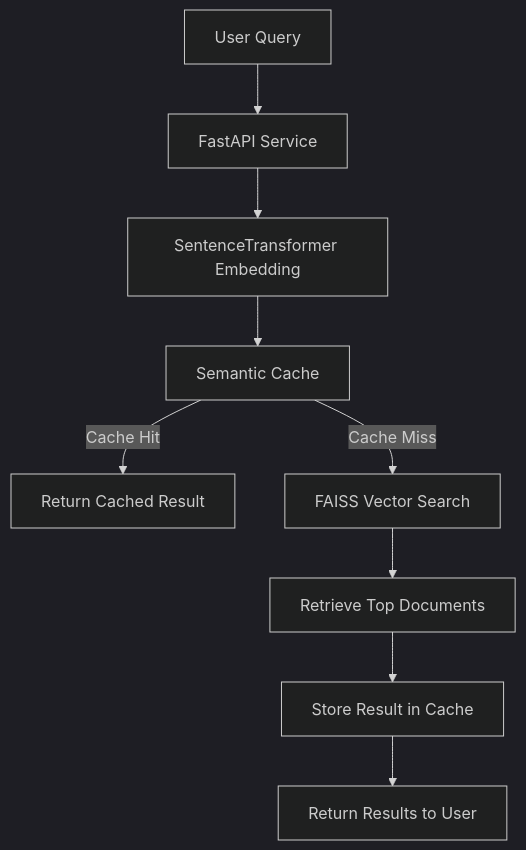
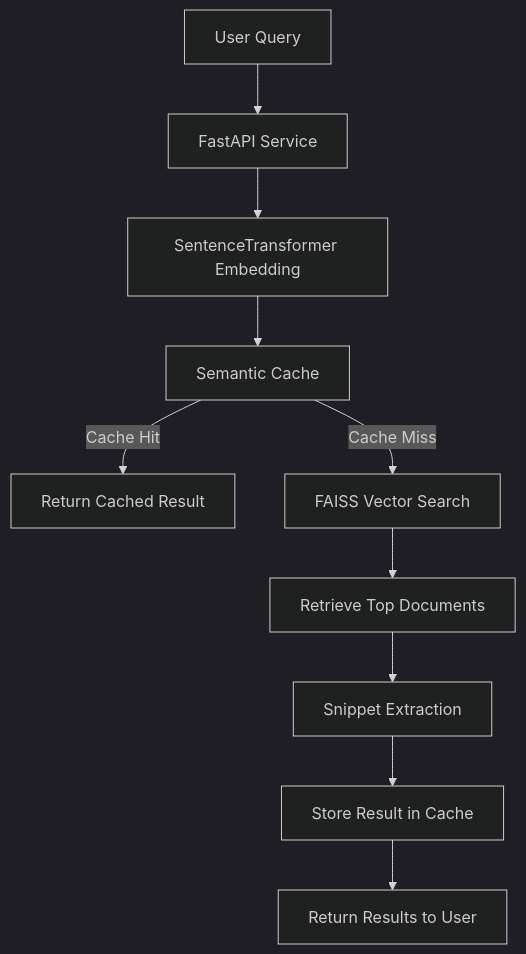
Before and after one commit to bold24-AY/trademarkia-semantic-search: the diagram in README.md, drawn with Mermaid (dark theme). The commit also changed other lines of this file and 5 other files, not shown here.

````diff
--- a/README.md
+++ b/README.md
@@ -23,19 +28,21 @@
 ```mermaid
 flowchart TD
 
 A[User Query] --> B[FastAPI Service]
 
 B --> C[SentenceTransformer Embedding]
 
 C --> D[Semantic Cache]
 
 D -->|Cache Hit| E[Return Cached Result]
 
 D -->|Cache Miss| F[FAISS Vector Search]
 
 F --> G[Retrieve Top Documents]
 
-G --> H[Store Result in Cache]
+G --> H[Snippet Extraction]
 
-H --> I[Return Results to User]
+H --> I[Store Result in Cache]
+
+I --> J[Return Results to User]
 ```
````
